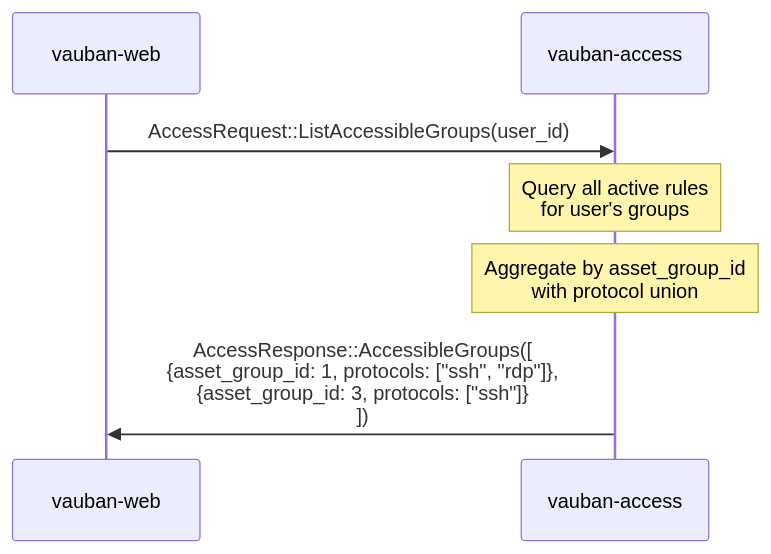
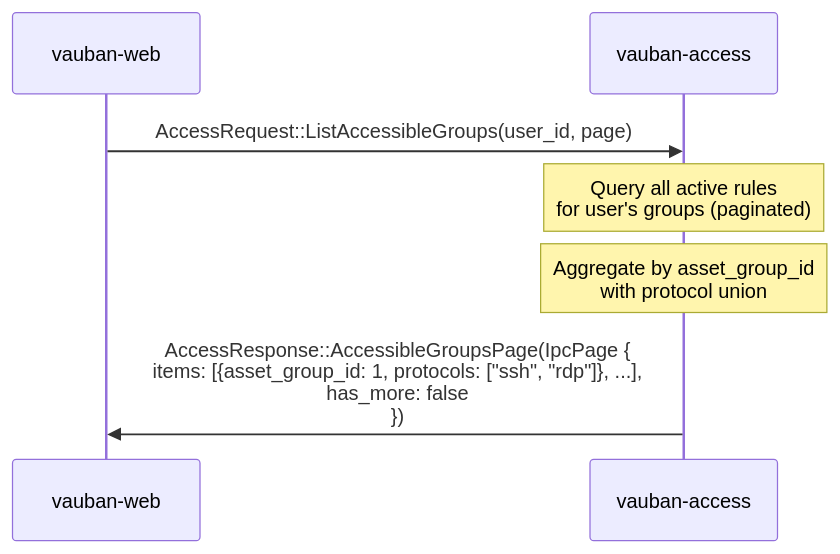
One commit to rbenaley/Vauban changed the tenth of 16 diagrams in docs/technical/Vauban_IAM_Architecture_EN(1.0).md. Above: the diagram before and after it, drawn with Mermaid. The commit also changed other lines of this file, not shown here.

First line of the commit message:
docs(iam): align IAM architecture doc with current implementation

````diff
--- a/docs/technical/Vauban_IAM_Architecture_EN(1.0).md
+++ b/docs/technical/Vauban_IAM_Architecture_EN(1.0).md
@@ -519,10 +531,10 @@
 ```mermaid
 sequenceDiagram
     participant W as vauban-web
     participant A as vauban-access
 
-    W->>A: AccessRequest::ListAccessibleGroups(user_id)
-    Note over A: Query all active rules<br/>for user's groups
+    W->>A: AccessRequest::ListAccessibleGroups(user_id, page)
+    Note over A: Query all active rules<br/>for user's groups (paginated)
     Note over A: Aggregate by asset_group_id<br/>with protocol union
-    A->>W: AccessResponse::AccessibleGroups([<br/>  {asset_group_id: 1, protocols: ["ssh", "rdp"]},<br/>  {asset_group_id: 3, protocols: ["ssh"]}<br/>])
+    A->>W: AccessResponse::AccessibleGroupsPage(IpcPage {<br/>  items: [{asset_group_id: 1, protocols: ["ssh", "rdp"]}, ...],<br/>  has_more: false<br/>})
 ```
````
